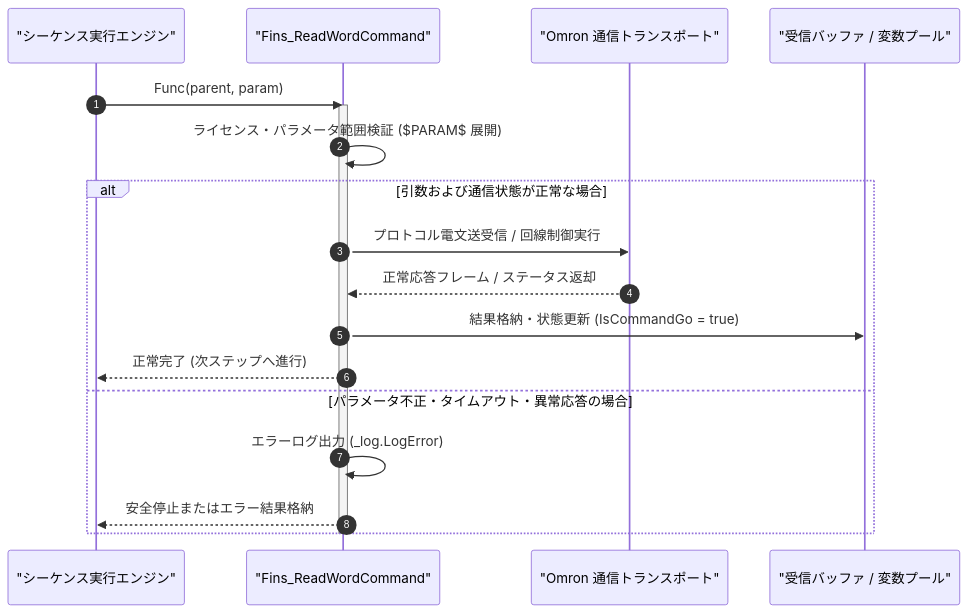
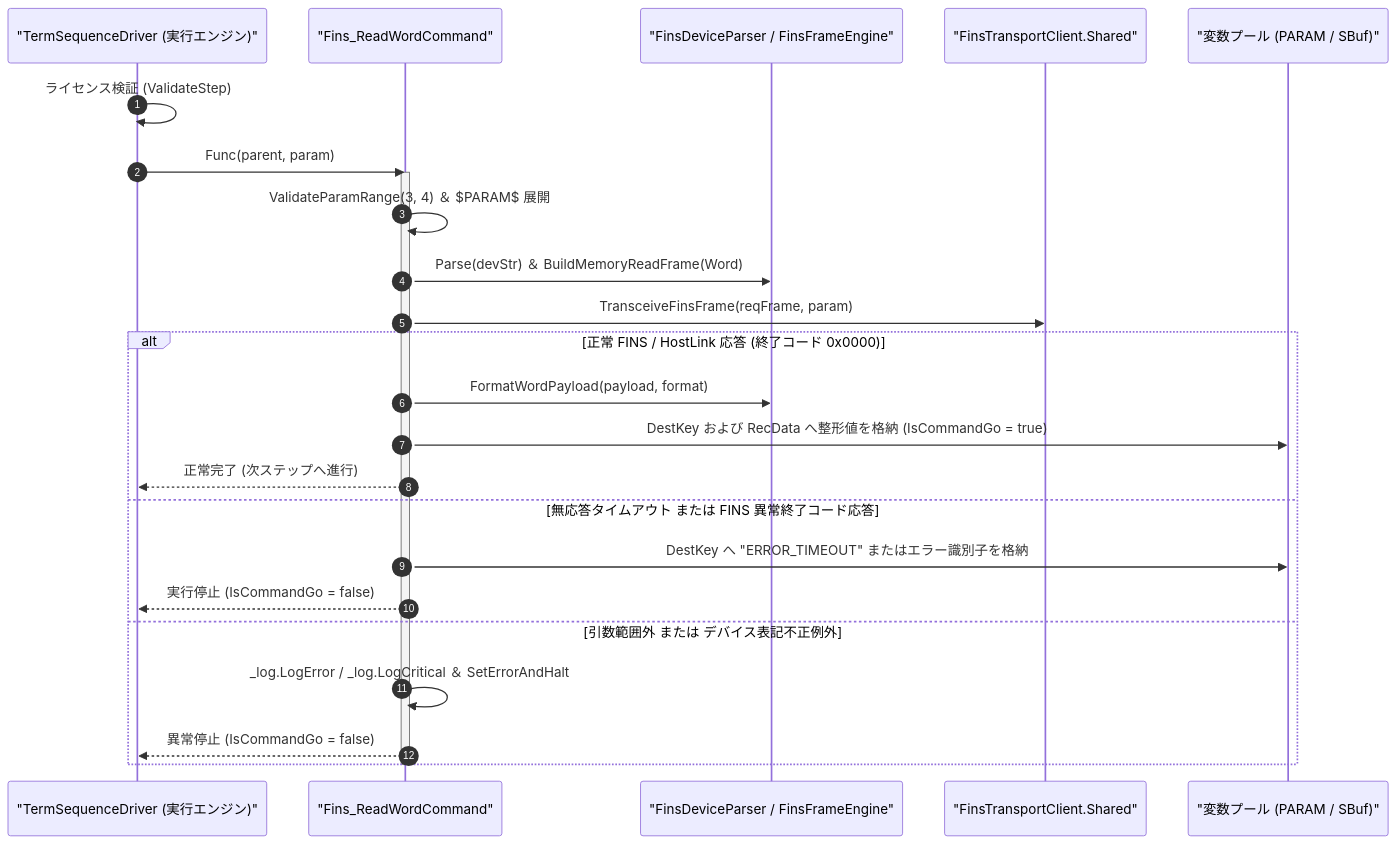
Before and after one commit to Monaca-App/TermAddIn: the diagram in Manual/Omron/Fins_ReadWord.Md, drawn with Mermaid. The commit also changed other lines of this file and 157 other files, not shown here.

````diff
--- a/Manual/Omron/Fins_ReadWord.Md
+++ b/Manual/Omron/Fins_ReadWord.Md
@@ -66,22 +71,28 @@
 ```mermaid
 sequenceDiagram
     autonumber
-    participant Script as "シーケンス実行エンジン"
+    participant Driver as "TermSequenceDriver (実行エンジン)"
     participant Cmd as "Fins_ReadWordCommand"
-    participant Trans as "Omron 通信トランスポート"
-    participant Buf as "受信バッファ / 変数プール"
+    participant Engine as "FinsDeviceParser / FinsFrameEngine"
+    participant Trans as "FinsTransportClient.Shared"
+    participant Buf as "変数プール (PARAM / SBuf)"
 
-    Script->>Cmd: Func(parent, param)
+    Driver->>Driver: ライセンス検証 (ValidateStep)
+    Driver->>Cmd: Func(parent, param)
     activate Cmd
-    Cmd->>Cmd: ライセンス・パラメータ範囲検証 ($PARAM$ 展開)
-    alt 引数および通信状態が正常な場合
-        Cmd->>Trans: プロトコル電文送受信 / 回線制御実行
-        Trans-->>Cmd: 正常応答フレーム / ステータス返却
-        Cmd->>Buf: 結果格納・状態更新 (IsCommandGo = true)
-        Cmd-->>Script: 正常完了 (次ステップへ進行)
-    else パラメータ不正・タイムアウト・異常応答の場合
-        Cmd->>Cmd: エラーログ出力 (_log.LogError)
-        Cmd-->>Script: 安全停止またはエラー結果格納
+    Cmd->>Cmd: ValidateParamRange(3, 4) ＆ $PARAM$ 展開
+    Cmd->>Engine: Parse(devStr) ＆ BuildMemoryReadFrame(Word)
+    Cmd->>Trans: TransceiveFinsFrame(reqFrame, param)
+    alt 正常 FINS / HostLink 応答 (終了コード 0x0000)
+        Cmd->>Engine: FormatWordPayload(payload, format)
+        Cmd->>Buf: DestKey および RecData へ整形値を格納 (IsCommandGo = true)
+        Cmd-->>Driver: 正常完了 (次ステップへ進行)
+    else 無応答タイムアウト または FINS 異常終了コード応答
+        Cmd->>Buf: DestKey へ "ERROR_TIMEOUT" またはエラー識別子を格納
+        Cmd-->>Driver: 実行停止 (IsCommandGo = false)
+    else 引数範囲外 または デバイス表記不正例外
+        Cmd->>Cmd: _log.LogError / _log.LogCritical ＆ SetErrorAndHalt
+        Cmd-->>Driver: 異常停止 (IsCommandGo = false)
     end
     deactivate Cmd
 ```
````
